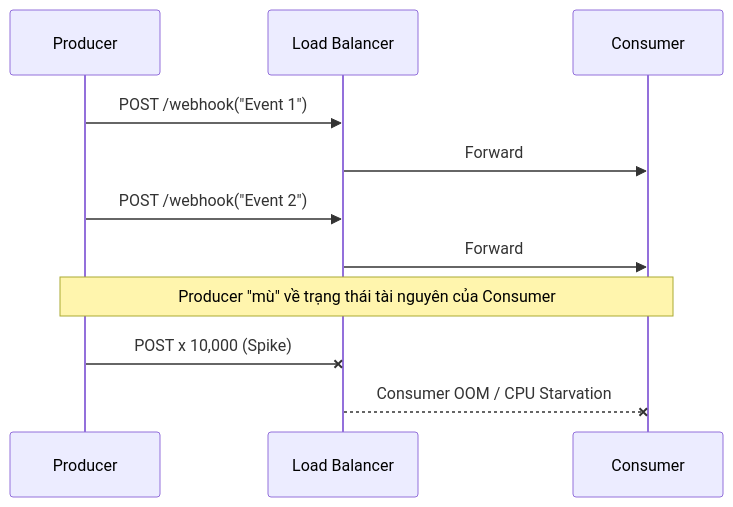
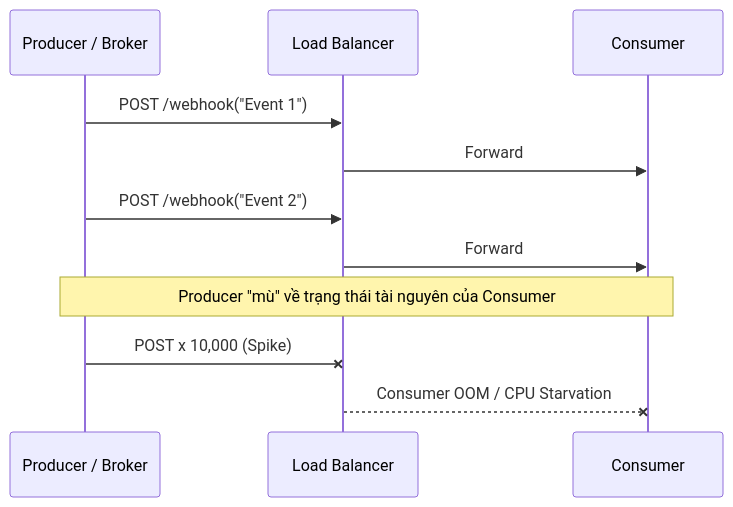
Before and after one commit to kythuatdulieu/kythuatdulieu.github.io: the first of 2 diagrams in src/content/docs/concepts/1-distributed-systems-architecture/push-pull-delivery.md, drawn with Mermaid. The commit also changed other lines of this file and 213 other files, not shown here.

Commit message:
Fix syntax and rewrite 200+ concepts docs to deep-dive system architecture and add GA4 tracking to quiz app

````diff
--- a/src/content/docs/concepts/1-distributed-systems-architecture/push-pull-delivery.md
+++ b/src/content/docs/concepts/1-distributed-systems-architecture/push-pull-delivery.md
@@ -23,14 +25,14 @@
 ```mermaid
 sequenceDiagram
-    participant P as Producer
+    participant P as Producer / Broker
     participant LB as Load Balancer
     participant C as Consumer
-
+    
     P->>LB: POST /webhook("Event 1")
     LB->>C: Forward
     P->>LB: POST /webhook("Event 2")
     LB->>C: Forward
     Note over P, C: Producer "mù" về trạng thái tài nguyên của Consumer
     P-xLB: POST x 10,000 (Spike)
     LB--xC: Consumer OOM / CPU Starvation
 ```
````
